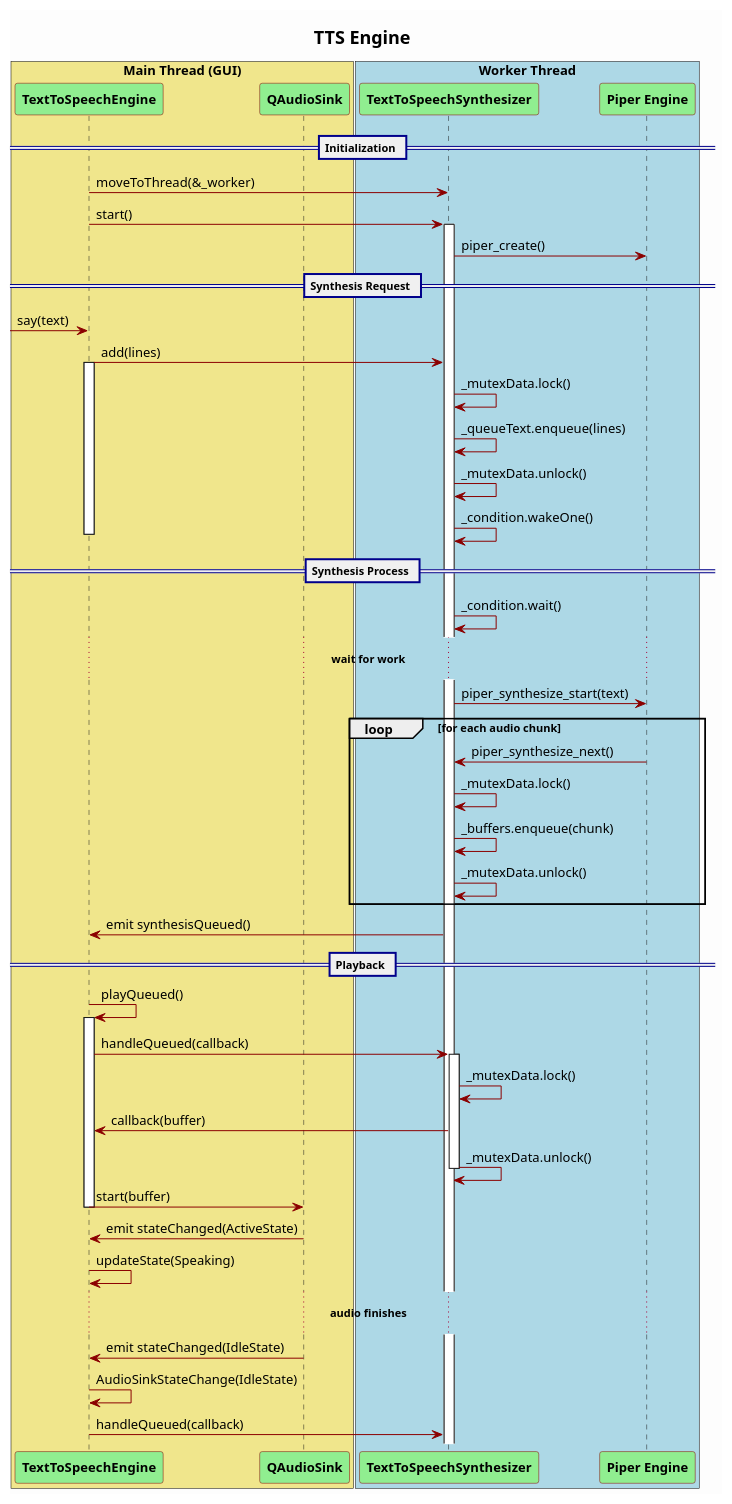
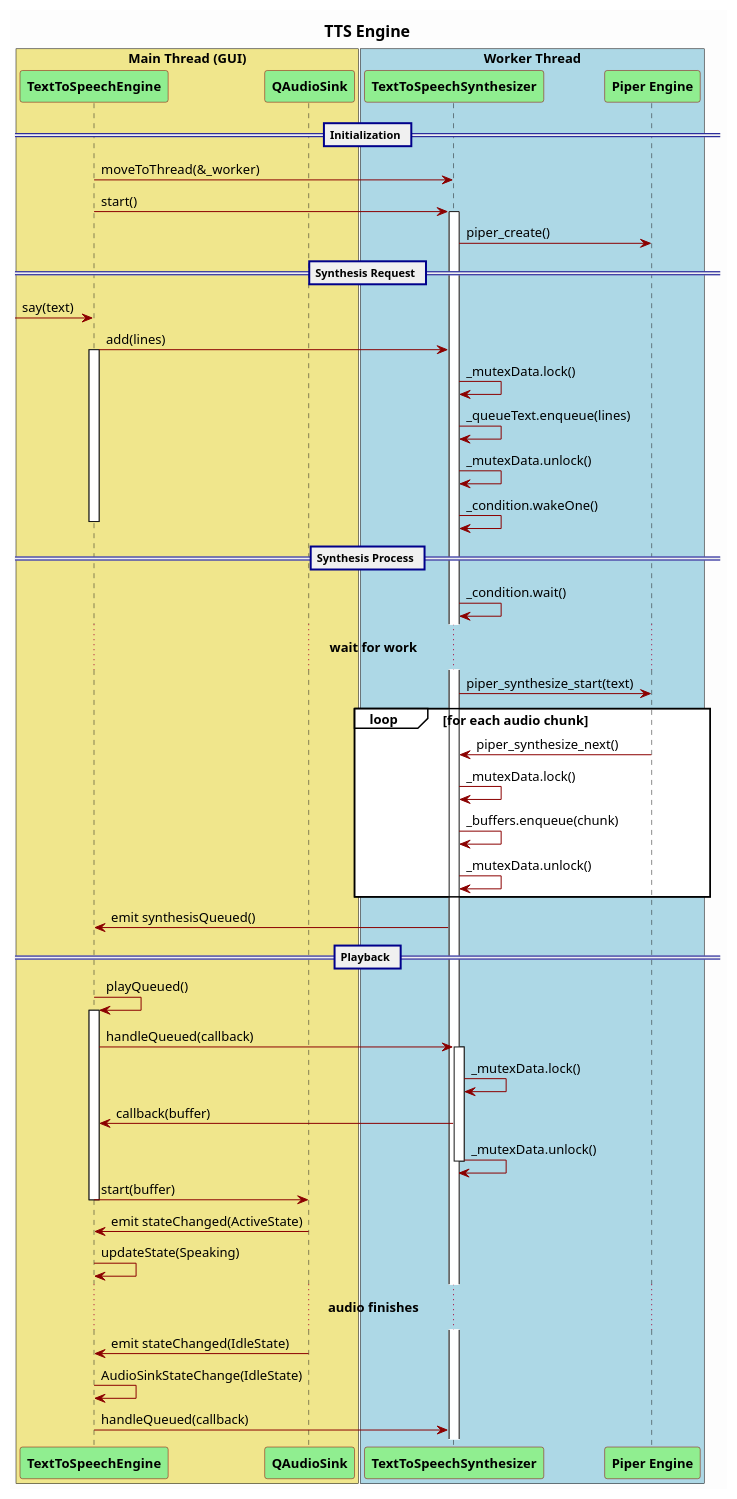
Before and after one commit to scanframe-org/qt-tts-piper: the diagram in doc/qt-tts-engine.puml, drawn with PlantUML. The commit also changed 61 other files, not shown here.

```diff
--- a/doc/qt-tts-engine.puml
+++ b/doc/qt-tts-engine.puml
@@ -1,106 +1,114 @@
 @startuml
 ' Available themes: materia, vibrant, toy, crt-amber
 '!theme vibrant
 <style>
-	FontName Arial
-	FontSize 11
-	Title {
-		FontSize 18
+	root
+	{
+		FontName Arial
+		FontSize 13
+		Padding 0
+		Margin 5
+		'HorizontalAlignment Left
+		BackgroundColor #white
+	}
+	title{
 		FontStyle Bold
+		FontSize 16
+		FontColor #black
 	}
 	Document {
 		BackgroundColor #fdfdfd
 	}
 	arrow {
 		LineColor darkred
 	}
 	box {
 		LineColor black
 		Padding 5
 	}
 	sequenceDiagram {
 		participant {
 			HorizontalAlignment center
 			Padding 10
 			FontSize 13
 			FontStyle Bold
 			LineColor DarkRed
 			BackgroundColor LightGreen
 		}
 	}
 	sequence {
 		BackgroundColor Red
 	}
 	separator {
 		BackgroundColor #f0f0f0
 		LineColor DarkBlue
 		FontColor Black
 		FontSize 11
 		FontStyle Bold
 	}
 	delay {
 		FontStyle Bold
 	}
 </style>
 
 title "TTS Engine"
 
 box "Main Thread (GUI)" #Khaki
 	participant "TextToSpeechEngine" as Engine
 	participant "QAudioSink" as Audio
 end box
 
 box "Worker Thread" #LightBlue
 	participant "TextToSpeechSynthesizer" as Worker
 	participant "Piper Engine" as Piper
 end box
 
 == Initialization ==
 Engine -> Worker : moveToThread(&_worker)
 Engine -> Worker : start()
 activate Worker
 Worker -> Piper : piper_create()
 
 == Synthesis Request ==
 [-> Engine : say(text)
 Engine -> Worker : add(lines)
 activate Engine
 Worker -> Worker : _mutexData.lock()
 Worker -> Worker : _queueText.enqueue(lines)
 Worker -> Worker : _mutexData.unlock()
 Worker -> Worker : _condition.wakeOne()
 deactivate Engine
 
 == Synthesis Process ==
 Worker -> Worker : _condition.wait()
 ... wait for work ...
 Worker -> Piper : piper_synthesize_start(text)
 loop for each audio chunk
 	Piper -> Worker : piper_synthesize_next()
 	Worker -> Worker : _mutexData.lock()
 	Worker -> Worker : _buffers.enqueue(chunk)
 	Worker -> Worker : _mutexData.unlock()
 end
 Worker -> Engine : emit synthesisQueued()
 
 == Playback ==
 Engine -> Engine : playQueued()
 activate Engine
 Engine -> Worker : handleQueued(callback)
 activate Worker
 Worker -> Worker : _mutexData.lock()
 Worker -> Engine : callback(buffer)
 Worker -> Worker : _mutexData.unlock()
 deactivate Worker
 Engine -> Audio : start(buffer)
 deactivate Engine
 
 Audio -> Engine : emit stateChanged(ActiveState)
 Engine -> Engine : updateState(Speaking)
 
 ... audio finishes ...
 Audio -> Engine : emit stateChanged(IdleState)
 Engine -> Engine : AudioSinkStateChange(IdleState)
 Engine -> Worker : handleQueued(callback)
 
 @enduml
```
